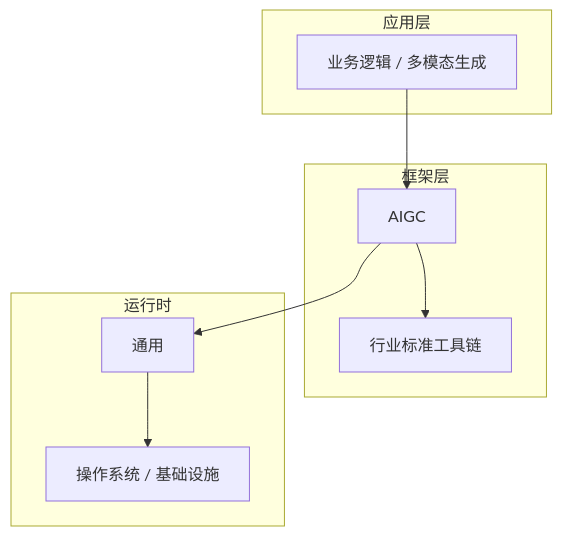
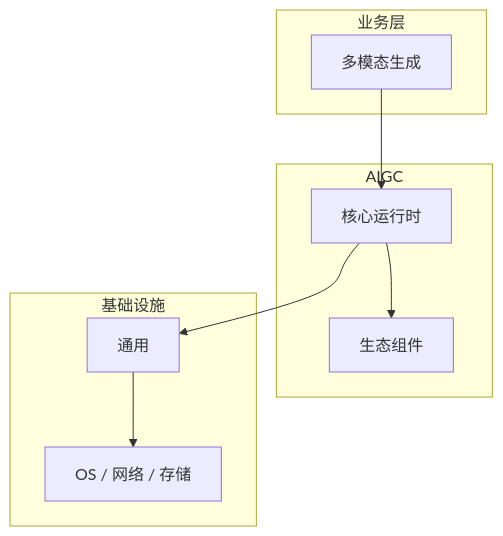
The diagram in articles/AIGC/chapters/064-多模态生成核心概念与原理.md (yanggan2015/knowledge-json-v2), drawn with Mermaid before and after one commit. The commit also changed other lines of this file and 10127 other files, not shown here.

````diff
--- a/articles/AIGC/chapters/064-多模态生成核心概念与原理.md
+++ b/articles/AIGC/chapters/064-多模态生成核心概念与原理.md
@@ -45,18 +30,18 @@
 ```mermaid
 graph TB
-    subgraph 应用层
-        A[业务逻辑 / 多模态生成]
+    subgraph 业务层
+        A[多模态生成]
     end
-    subgraph 框架层
-        B[AIGC]
-        C[行业标准工具链]
+    subgraph AIGC
+        B[核心运行时]
+        C[生态组件]
     end
-    subgraph 运行时
+    subgraph 基础设施
         D[通用]
-        E[操作系统 / 基础设施]
+        E[OS / 网络 / 存储]
     end
     A --> B
     B --> C
     B --> D
     D --> E
 ```
````
